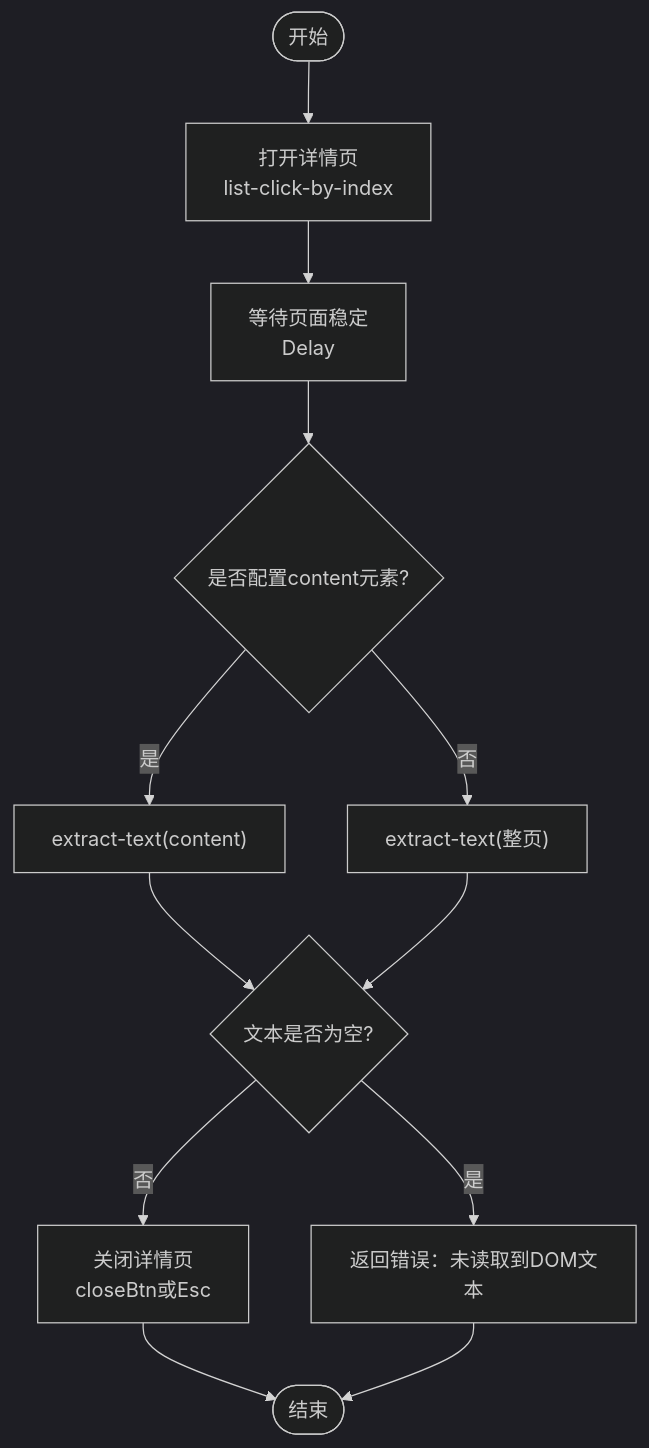
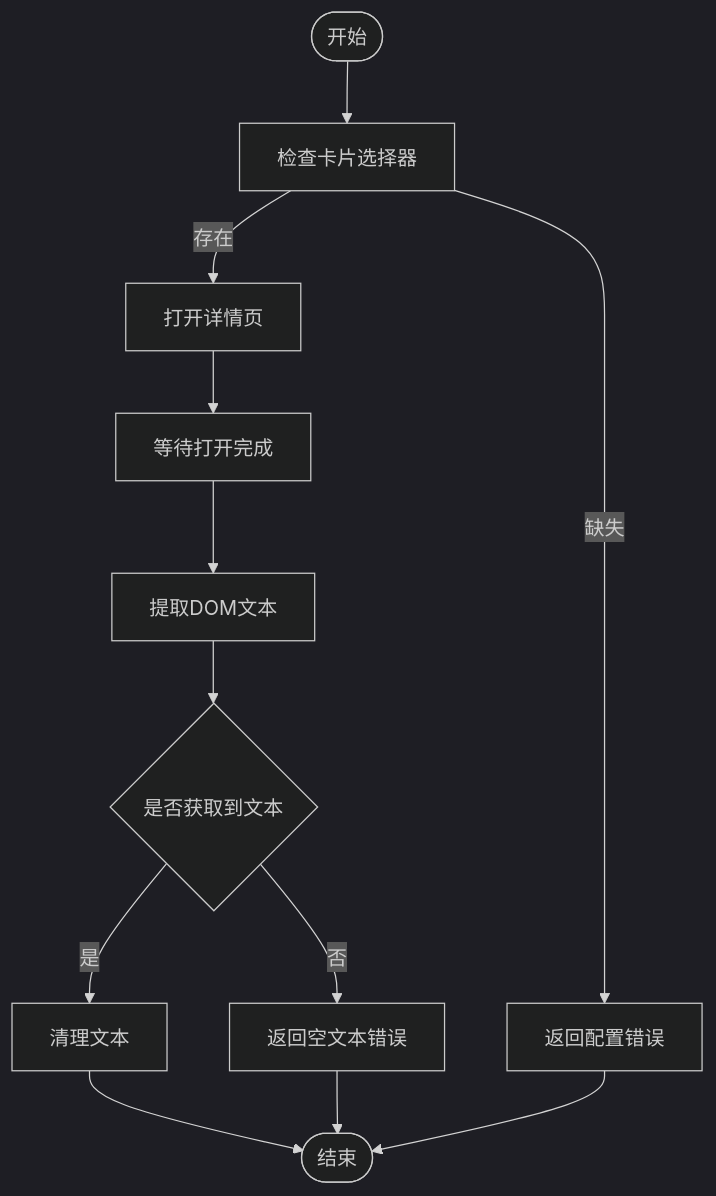
One commit to alvinwangzi/goodhr changed the third of 9 diagrams in .qoder/repowiki/zh/content/本地执行器/平台适配器/猎聘适配器/详情页面处理.md. Above: the diagram before and after it, drawn with Mermaid (dark theme). The commit also changed other lines of this file and 149 other files, not shown here.

````diff
--- a/.qoder/repowiki/zh/content/本地执行器/平台适配器/猎聘适配器/详情页面处理.md
+++ b/.qoder/repowiki/zh/content/本地执行器/平台适配器/猎聘适配器/详情页面处理.md
@@ -154,14 +147,14 @@
 ```mermaid
 flowchart TD
-Start(["开始"]) --> Open["打开详情页<br/>list-click-by-index"]
-Open --> Wait["等待页面稳定<br/>Delay"]
-Wait --> Extract{"是否配置content元素?"}
-Extract -- "是" --> TextContent["extract-text(content)"]
-Extract -- "否" --> TextPage["extract-text(整页)"]
-TextContent --> Validate{"文本是否为空?"}
-TextPage --> Validate
-Validate -- "否" --> Close["关闭详情页<br/>closeBtn或Esc"]
-Validate -- "是" --> Error["返回错误：未读取到DOM文本"]
-Close --> End(["结束"])
-Error --> End
+Start(["开始"]) --> CheckCfg["检查卡片选择器"]
+CheckCfg --> |存在| OpenDetail["打开详情页"]
+CheckCfg --> |缺失| ErrCfg["返回配置错误"]
+OpenDetail --> WaitOpen["等待打开完成"]
+WaitOpen --> ExtractText["提取DOM文本"]
+ExtractText --> TextOK{"是否获取到文本"}
+TextOK --> |是| CleanText["清理文本"]
+TextOK --> |否| ErrEmpty["返回空文本错误"]
+CleanText --> End(["结束"])
+ErrCfg --> End
+ErrEmpty --> End
 ```
````
